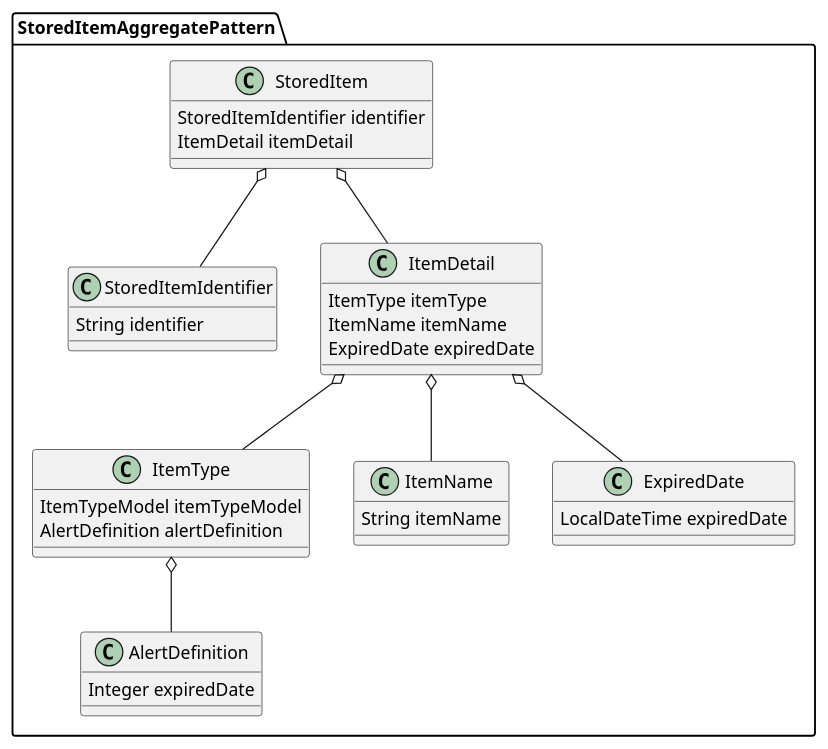
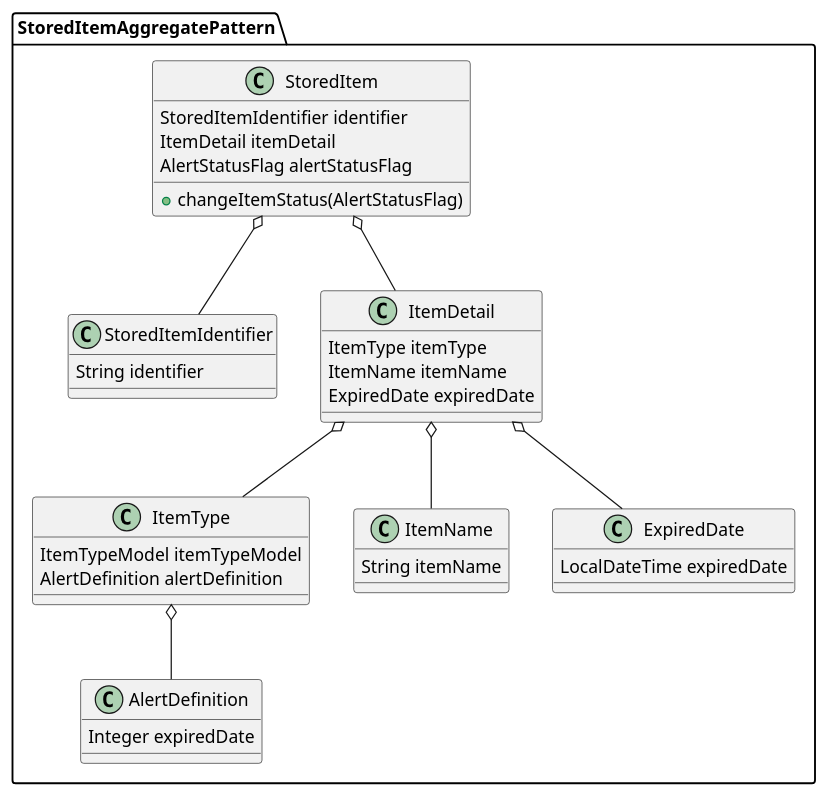
One commit to zoeque/limitchecker-spring-boot changed the diagram in doc/diagram/item_model.puml. Above: the diagram before and after it, drawn with PlantUML. The commit also changed 1 other file, not shown here.

Commit message:
#29 - modified the stored item model

```diff
--- a/doc/diagram/item_model.puml
+++ b/doc/diagram/item_model.puml
@@ -1,36 +1,38 @@
 @startuml
 package StoredItemAggregatePattern {
   class StoredItem{
     StoredItemIdentifier identifier
     ItemDetail itemDetail
+    AlertStatusFlag alertStatusFlag
+    + changeItemStatus(AlertStatusFlag)
   }
   class StoredItemIdentifier {
     String identifier
   }
   class ItemDetail {
     ItemType itemType
     ItemName itemName
     ExpiredDate expiredDate
   }
 
   class ItemType {
     ItemTypeModel itemTypeModel
     AlertDefinition alertDefinition
   }
   class AlertDefinition {
     Integer expiredDate
   }
   class ItemName {
     String itemName
   }
   class ExpiredDate {
     LocalDateTime expiredDate
   }
 }
 StoredItem o-- StoredItemIdentifier
 StoredItem o-- ItemDetail
 ItemDetail o-- ItemName
 ItemDetail o-- ItemType
 ItemDetail o-- ExpiredDate
 ItemType o-- AlertDefinition
 @enduml
```
